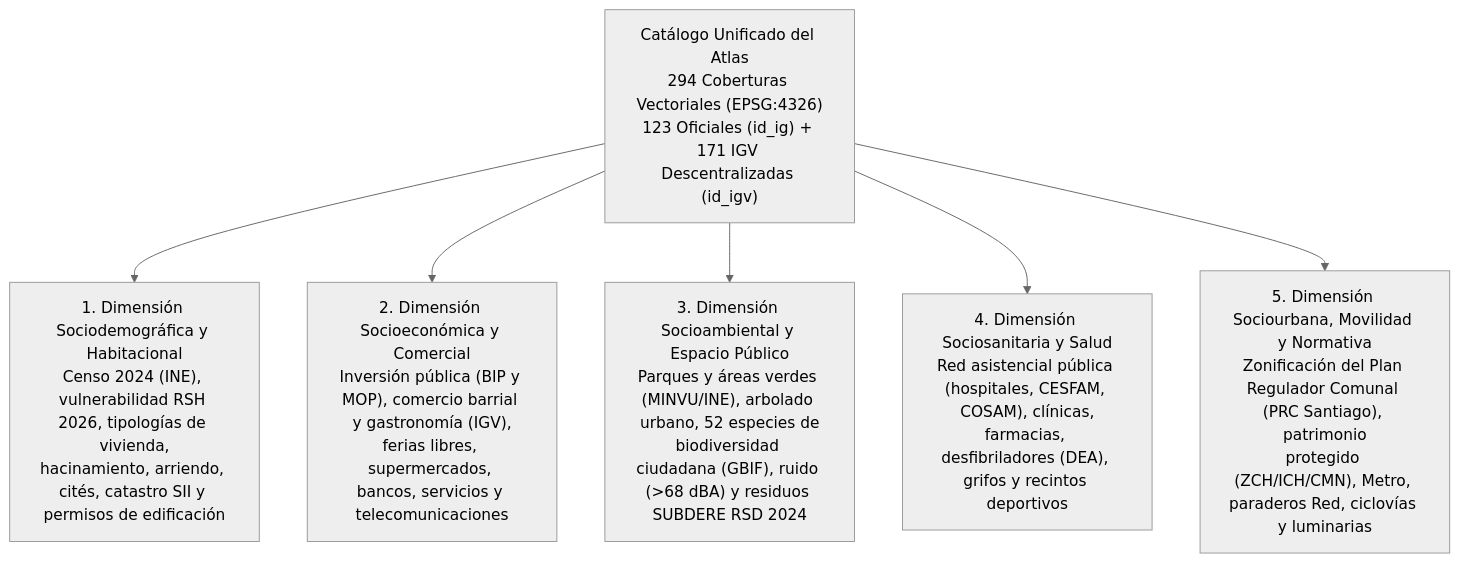
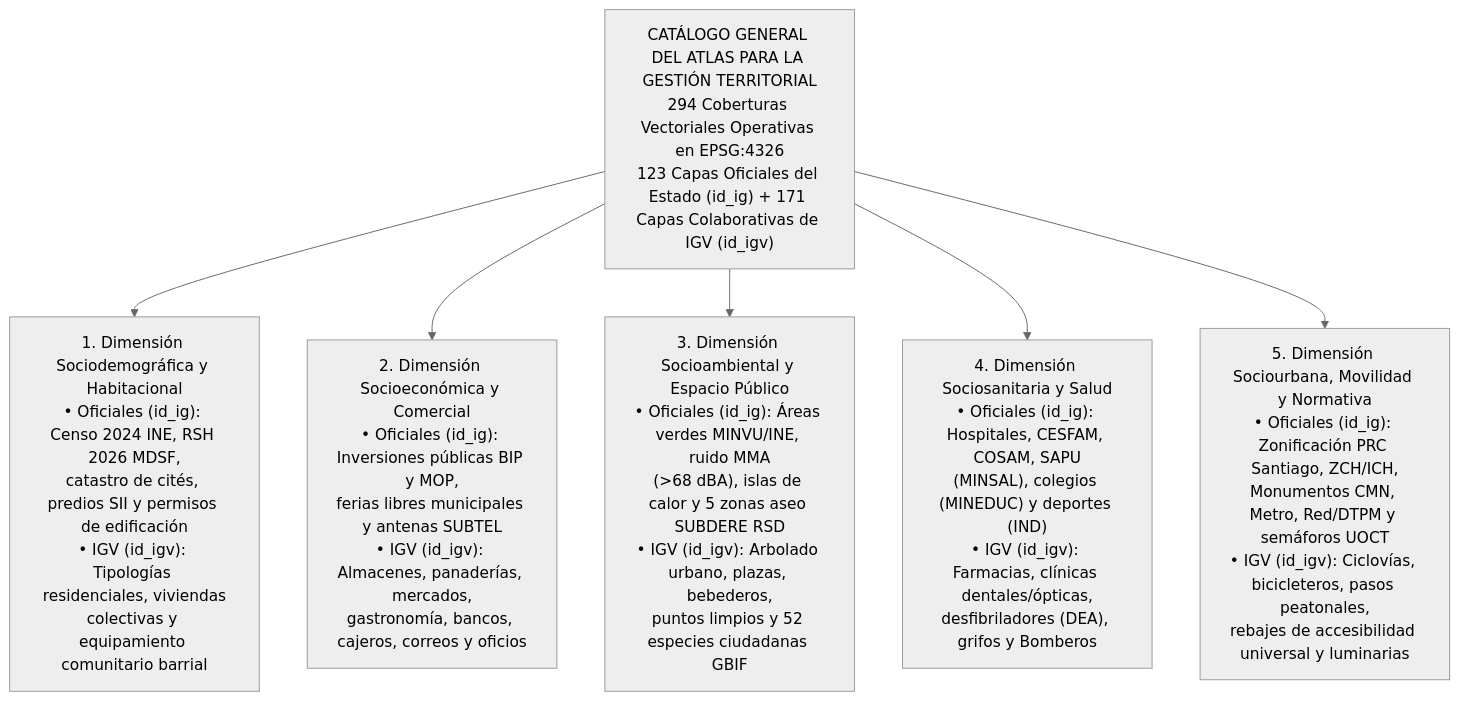
The sixth of 15 diagrams in src/docs/MANUAL_ACTUALIZACION_ATLAS.md (GEOJOTA/atlas-vgi-barrio-brasil), drawn with Mermaid (neutral theme) before and after one commit. The commit also changed other lines of this file and 8 other files, not shown here.

Commit message:
docs(prototipo-02): robustecer y expandir manual de actualizacion, diagramas y documentacion navegable (v65)

````diff
--- a/src/docs/MANUAL_ACTUALIZACION_ATLAS.md
+++ b/src/docs/MANUAL_ACTUALIZACION_ATLAS.md
@@ -422,12 +310,12 @@
 ```mermaid
 flowchart TD
-    CAT["Catálogo Unificado del Atlas\n294 Coberturas Vectoriales (EPSG:4326)\n123 Oficiales (id_ig) + 171 IGV Descentralizadas (id_igv)"]
+    CAT["CATÁLOGO GENERAL DEL ATLAS PARA LA GESTIÓN TERRITORIAL\n294 Coberturas Vectoriales Operativas en EPSG:4326\n123 Capas Oficiales del Estado (id_ig) + 171 Capas Colaborativas de IGV (id_igv)"]
 
-    D1["1. Dimensión Sociodemográfica y Habitacional\nCenso 2024 (INE), vulnerabilidad RSH 2026, tipologías de vivienda,\nhacinamiento, arriendo, cités, catastro SII y permisos de edificación"]
-    D2["2. Dimensión Socioeconómica y Comercial\nInversión pública (BIP y MOP), comercio barrial y gastronomía (IGV),\nferias libres, supermercados, bancos, servicios y telecomunicaciones"]
-    D3["3. Dimensión Socioambiental y Espacio Público\nParques y áreas verdes (MINVU/INE), arbolado urbano, 52 especies de\nbiodiversidad ciudadana (GBIF), ruido (>68 dBA) y residuos SUBDERE RSD 2024"]
-    D4["4. Dimensión Sociosanitaria y Salud\nRed asistencial pública (hospitales, CESFAM, COSAM), clínicas,\nfarmacias, desfibriladores (DEA), grifos y recintos deportivos"]
-    D5["5. Dimensión Sociourbana, Movilidad y Normativa\nZonificación del Plan Regulador Comunal (PRC Santiago), patrimonio\nprotegido (ZCH/ICH/CMN), Metro, paraderos Red, ciclovías y luminarias"]
+    D1["1. Dimensión Sociodemográfica y Habitacional\n• Oficiales (id_ig): Censo 2024 INE, RSH 2026 MDSF,\ncatastro de cités, predios SII y permisos de edificación\n• IGV (id_igv): Tipologías residenciales, viviendas\ncolectivas y equipamiento comunitario barrial"]
+    D2["2. Dimensión Socioeconómica y Comercial\n• Oficiales (id_ig): Inversiones públicas BIP y MOP,\nferias libres municipales y antenas SUBTEL\n• IGV (id_igv): Almacenes, panaderías, mercados,\ngastronomía, bancos, cajeros, correos y oficios"]
+    D3["3. Dimensión Socioambiental y Espacio Público\n• Oficiales (id_ig): Áreas verdes MINVU/INE, ruido MMA\n(>68 dBA), islas de calor y 5 zonas aseo SUBDERE RSD\n• IGV (id_igv): Arbolado urbano, plazas, bebederos,\npuntos limpios y 52 especies ciudadanas GBIF"]
+    D4["4. Dimensión Sociosanitaria y Salud\n• Oficiales (id_ig): Hospitales, CESFAM, COSAM, SAPU\n(MINSAL), colegios (MINEDUC) y deportes (IND)\n• IGV (id_igv): Farmacias, clínicas dentales/ópticas,\ndesfibriladores (DEA), grifos y Bomberos"]
+    D5["5. Dimensión Sociourbana, Movilidad y Normativa\n• Oficiales (id_ig): Zonificación PRC Santiago, ZCH/ICH,\nMonumentos CMN, Metro, Red/DTPM y semáforos UOCT\n• IGV (id_igv): Ciclovías, bicicleteros, pasos peatonales,\nrebajes de accesibilidad universal y luminarias"]
 
     CAT --> D1 & D2 & D3 & D4 & D5
 ```
````
